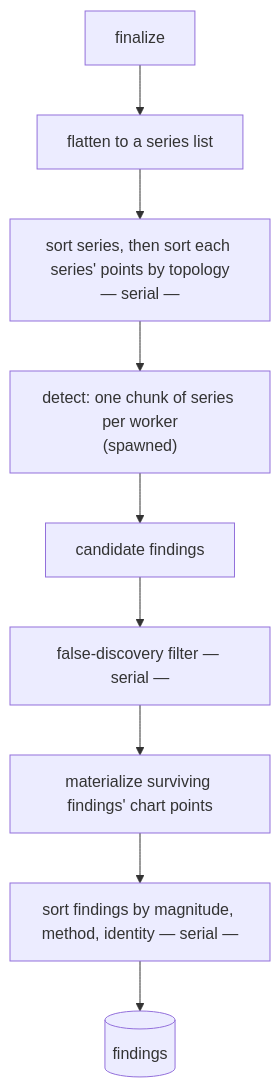
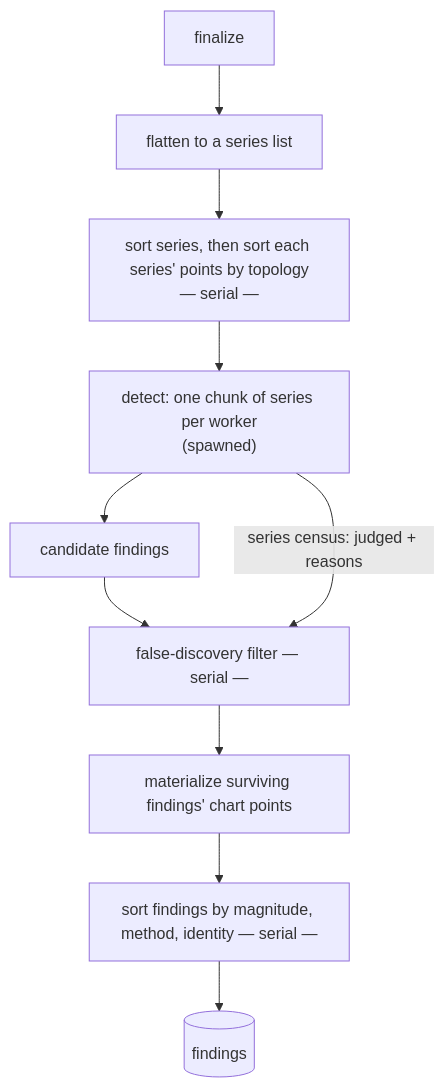
The third of 4 diagrams in packages/cargo-bench-history/docs/analyze.md (folo-rs/folo), drawn with Mermaid before and after one commit. The commit also changed other lines of this file and 56 other files, not shown here.

````diff
--- a/packages/cargo-bench-history/docs/analyze.md
+++ b/packages/cargo-bench-history/docs/analyze.md
@@ -116,11 +116,12 @@
 ```mermaid
 flowchart TD
   FIN["finalize"] --> FLAT["flatten to a series list"]
   FLAT --> SS["sort series, then sort each series' points by topology\n— serial —"]
   SS --> DALL["detect: one chunk of series per worker\n(spawned)"]
   DALL --> CANDS["candidate findings"]
   CANDS --> BH["false-discovery filter — serial —"]
+  DALL -->|series census: judged + reasons| BH
   BH --> MAT["materialize surviving findings' chart points"]
   MAT --> SF["sort findings by magnitude, method, identity — serial —"]
   SF --> FINDINGS[("findings")]
 ```
````
